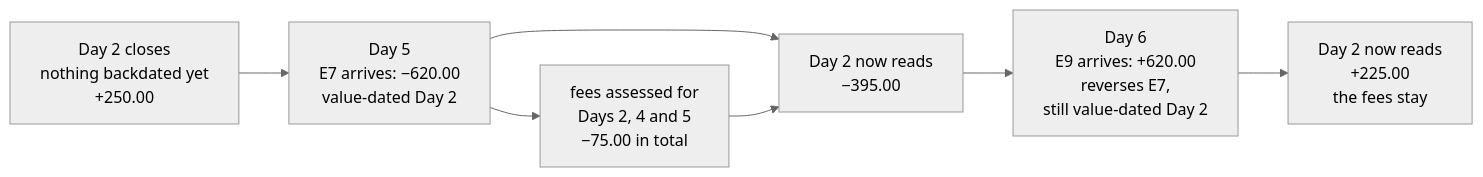
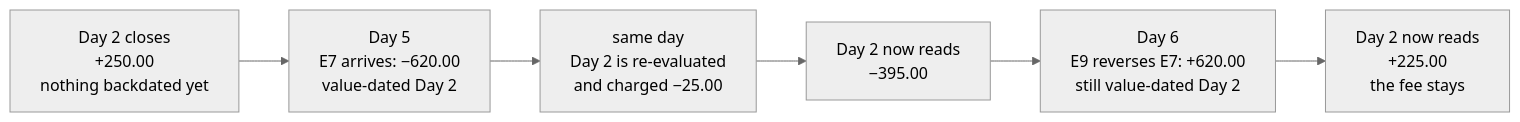
Before and after one commit to lastsign/mal-open-assessment: the second of 2 diagrams in README.md, drawn with Mermaid (neutral theme). The commit also changed other lines of this file and 1 other file, not shown here.

Commit message:
Make the value-dating diagram read as one sequence
It forked at the fee node and rejoined, which rendered as two parallel paths
and read as though the chain were not sequential. Straightened into a single
chain.

It also cited −75.00, the total of all three fees, in a chain about Day 2's
balance. Only one of the three is value-dated into Day 2; the other two belong
to Days 4 and 5 and were a distraction dressed as a figure. Now −25.00, with
the test pinning the corrected number.

Claude-Session: https://claude.ai/code/session_01EhrwA9Au5gEPWhCkqHovV6

````diff
--- a/README.md
+++ b/README.md
@@ -224,16 +224,9 @@
 ```mermaid
 flowchart LR
-    B2["Day 2 closes<br/>nothing backdated yet<br/>+250.00"]
-    E7["Day 5<br/>E7 arrives: −620.00<br/>value-dated Day 2"]
-    FEE["fees assessed for<br/>Days 2, 4 and 5<br/>−75.00 in total"]
-    B5["Day 2 now reads<br/>−395.00"]
-    E9["Day 6<br/>E9 arrives: +620.00<br/>reverses E7,<br/>still value-dated Day 2"]
-    B6["Day 2 now reads<br/>+225.00<br/>the fees stay"]
-
-    B2 --> E7
-    E7 --> FEE
-    E7 --> B5
-    FEE --> B5
-    B5 --> E9
-    E9 --> B6
+    A["Day 2 closes<br/>+250.00<br/>nothing backdated yet"]
+    --> B["Day 5<br/>E7 arrives: −620.00<br/>value-dated Day 2"]
+    --> C["same day<br/>Day 2 is re-evaluated<br/>and charged −25.00"]
+    --> D["Day 2 now reads<br/>−395.00"]
+    --> E["Day 6<br/>E9 reverses E7: +620.00<br/>still value-dated Day 2"]
+    --> F["Day 2 now reads<br/>+225.00<br/>the fee stays"]
 ```
````
